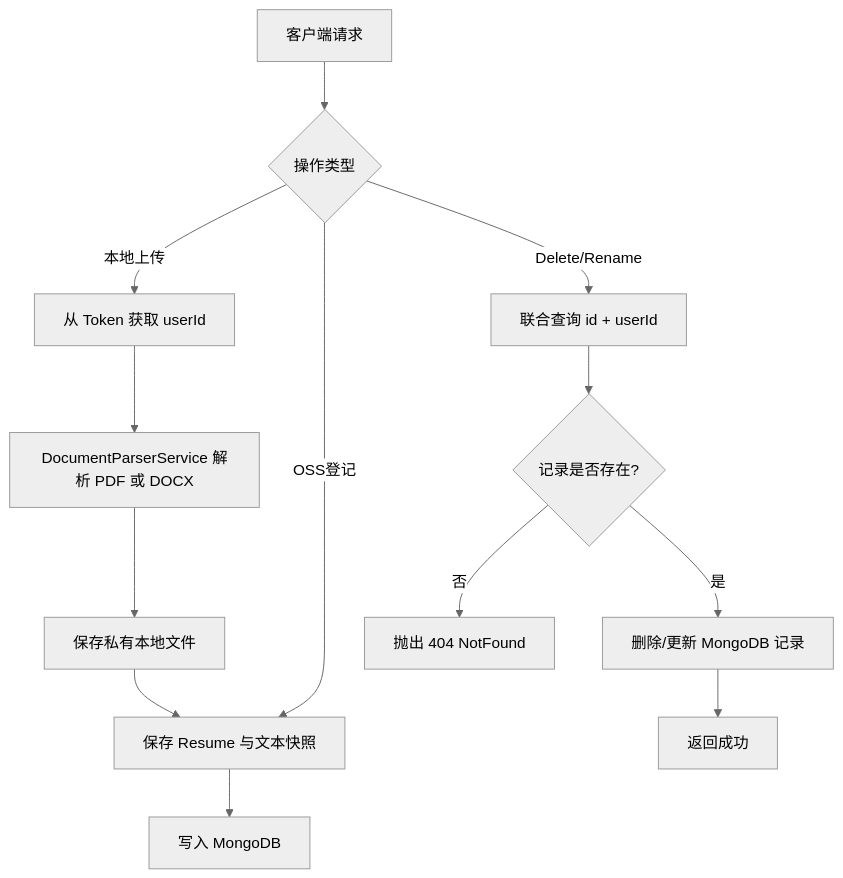
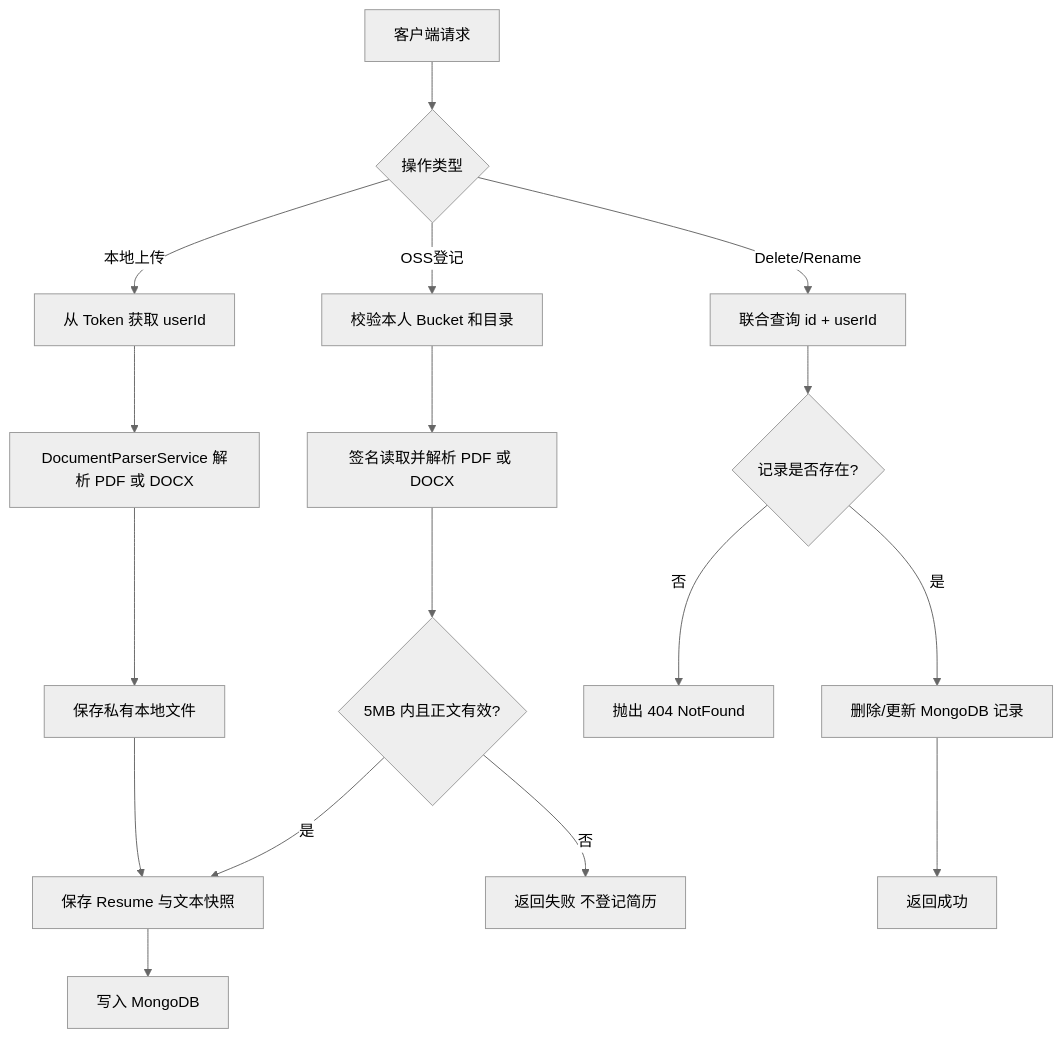
One commit to KlayPeter/man-shi-mai changed the diagram in apps/server/src/resume/Agent.md. Above: the diagram before and after it, drawn with Mermaid (neutral theme). The commit also changed other lines of this file and 8 other files, not shown here.

````diff
--- a/apps/server/src/resume/Agent.md
+++ b/apps/server/src/resume/Agent.md
@@ -10,16 +10,20 @@
 ```mermaid
 graph TD
     Client[客户端请求] --> Action{操作类型}
     Action -- 本地上传 --> ExtractUserId[从 Token 获取 userId]
     ExtractUserId --> Parse[DocumentParserService 解析 PDF 或 DOCX]
     Parse --> File[保存私有本地文件]
     File --> CreateRecord[保存 Resume 与文本快照]
-    Action -- OSS登记 --> CreateRecord
+    Action -- OSS登记 --> OwnedURL[校验本人 Bucket 和目录]
+    OwnedURL --> SignedRead[签名读取并解析 PDF 或 DOCX]
+    SignedRead --> ValidText{5MB 内且正文有效?}
+    ValidText -- 是 --> CreateRecord
+    ValidText -- 否 --> Reject[返回失败 不登记简历]
     CreateRecord --> SaveDB[写入 MongoDB]
     
     Action -- Delete/Rename --> FetchRecord[联合查询 id + userId]
     FetchRecord --> Exist{记录是否存在?}
     Exist -- 否 --> Throw404[抛出 404 NotFound]
     Exist -- 是 --> ModifyDB[删除/更新 MongoDB 记录]
     ModifyDB --> Success[返回成功]
 ```
````
